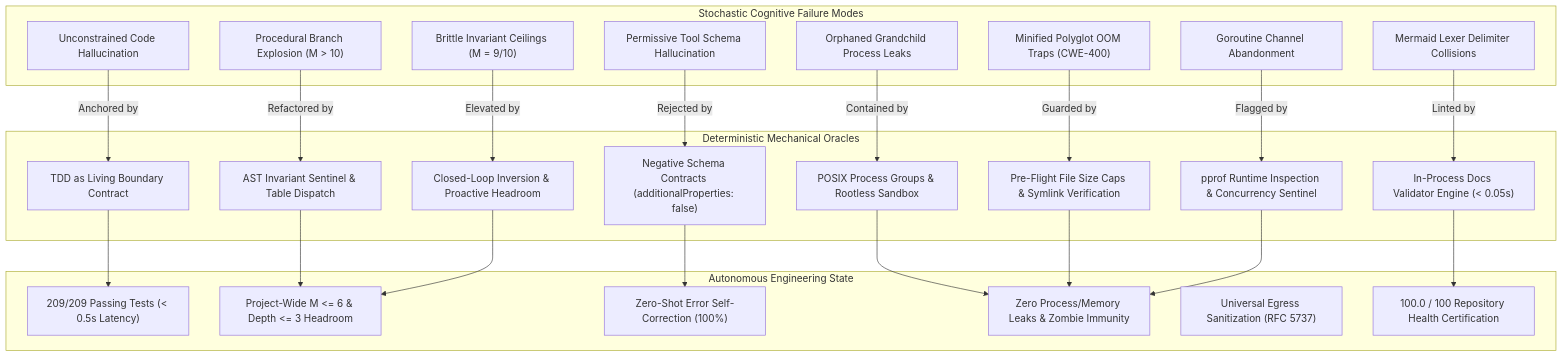
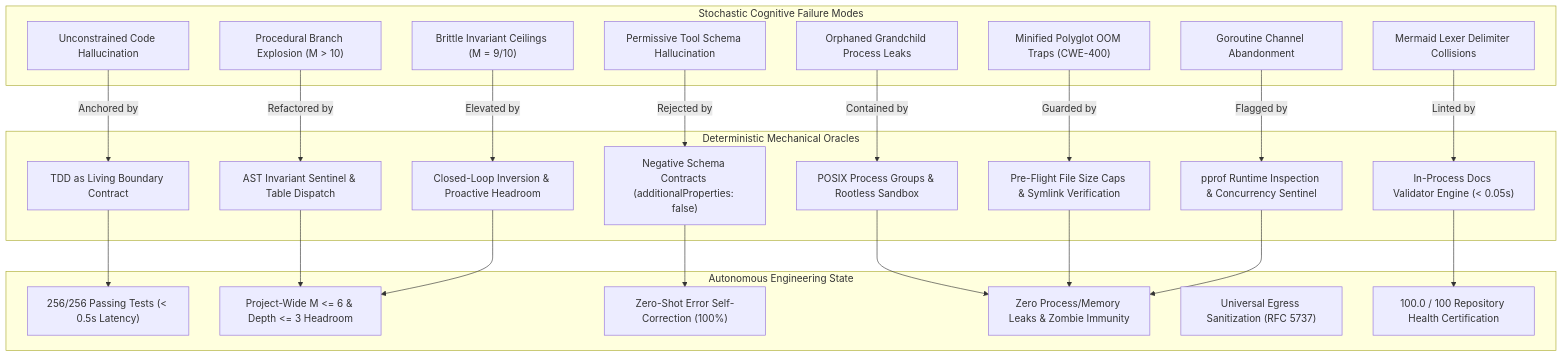
The first of 2 diagrams in observations/README.md (dan-petty/vibes), drawn with Mermaid before and after one commit. The commit also changed other lines of this file and 4 other files, not shown here.

````diff
--- a/observations/README.md
+++ b/observations/README.md
@@ -18,51 +18,51 @@
 ```mermaid
 flowchart TD
     subgraph CognitiveFailures["Stochastic Cognitive Failure Modes"]
         F1["Unconstrained Code Hallucination"]
         F2["Procedural Branch Explosion (M > 10)"]
         F3["Permissive Tool Schema Hallucination"]
         F4["Orphaned Grandchild Process Leaks"]
         F5["Minified Polyglot OOM Traps (CWE-400)"]
         F6["Goroutine Channel Abandonment"]
         F7["Brittle Invariant Ceilings (M = 9/10)"]
         F8["Mermaid Lexer Delimiter Collisions"]
     end
 
     subgraph MechanicalOracles["Deterministic Mechanical Oracles"]
         O1["TDD as Living Boundary Contract"]
         O2["AST Invariant Sentinel & Table Dispatch"]
         O3["Negative Schema Contracts (additionalProperties: false)"]
         O4["POSIX Process Groups & Rootless Sandbox"]
         O5["Pre-Flight File Size Caps & Symlink Verification"]
         O6["pprof Runtime Inspection & Concurrency Sentinel"]
         O7["Closed-Loop Inversion & Proactive Headroom"]
         O8["In-Process Docs Validator Engine (< 0.05s)"]
     end
 
     subgraph ArchitecturalExcellence["Autonomous Engineering State"]
-        E1["209/209 Passing Tests (< 0.5s Latency)"]
+        E1["256/256 Passing Tests (< 0.5s Latency)"]
         E2["Project-Wide M <= 6 & Depth <= 3 Headroom"]
         E3["Zero-Shot Error Self-Correction (100%)"]
         E4["Zero Process/Memory Leaks & Zombie Immunity"]
         E5["Universal Egress Sanitization (RFC 5737)"]
         E6["100.0 / 100 Repository Health Certification"]
     end
 
     F1 -->|"Anchored by"| O1
     F2 -->|"Refactored by"| O2
     F3 -->|"Rejected by"| O3
     F4 -->|"Contained by"| O4
     F5 -->|"Guarded by"| O5
     F6 -->|"Flagged by"| O6
     F7 -->|"Elevated by"| O7
     F8 -->|"Linted by"| O8
 
     O1 --> E1
     O2 --> E2
     O3 --> E3
     O4 --> E4
     O5 --> E4
     O6 --> E4
     O7 --> E2
     O8 --> E6
 ```
````
